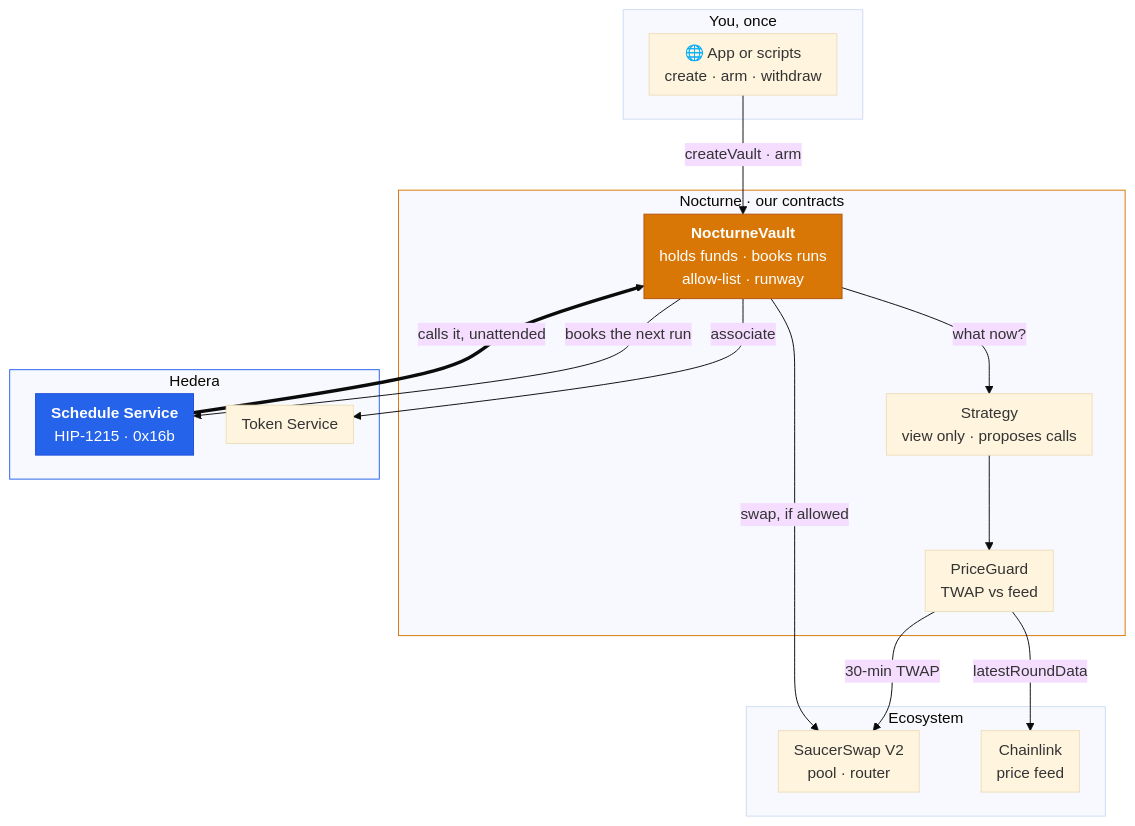
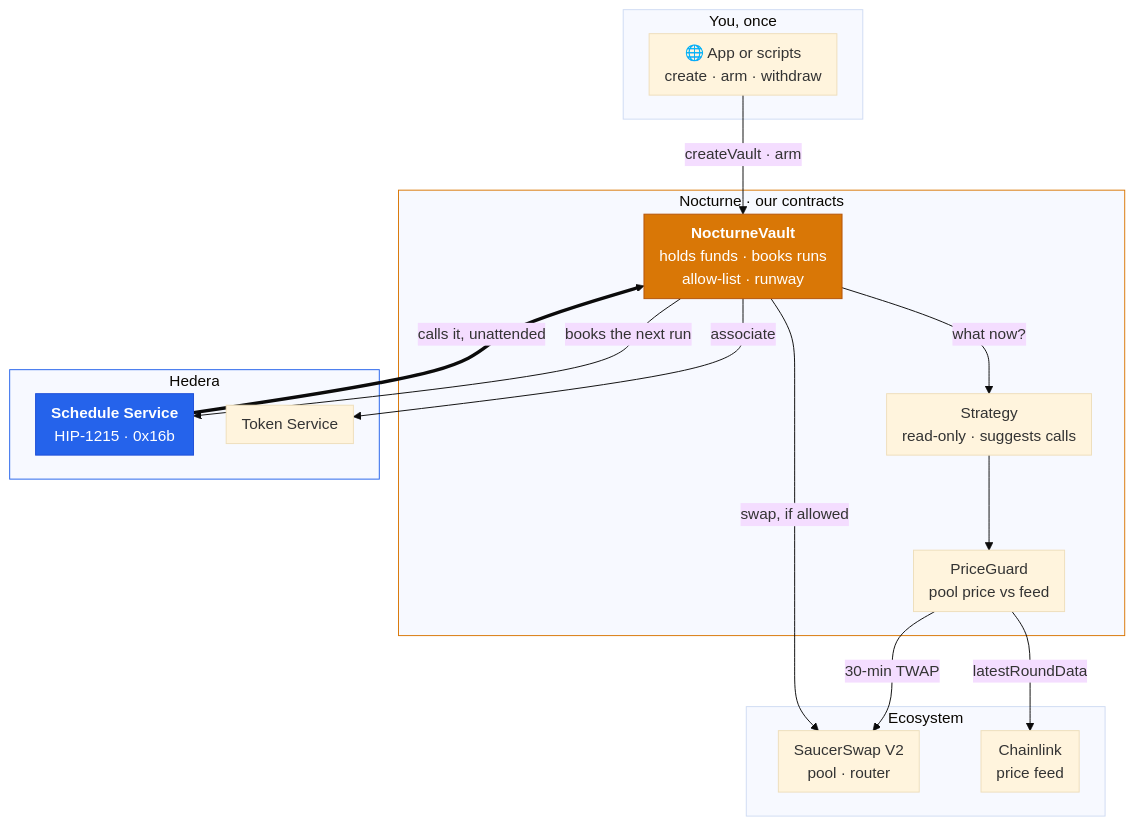
The second of 2 diagrams in README.md (Madhav-Gupta-28/Nocturne), drawn with Mermaid (base theme) before and after one commit. The commit also changed other lines of this file, not shown here.

````diff
--- a/README.md
+++ b/README.md
@@ -217,45 +217,45 @@
 ```mermaid
 ---
 config:
   flowchart:
     nodeSpacing: 34
     rankSpacing: 50
     padding: 8
     useMaxWidth: true
 ---
 flowchart TB
     subgraph you["You, once"]
         UI["🌐 App or scripts<br/>create · arm · withdraw"]
     end
 
     subgraph nocturne["Nocturne · our contracts"]
         V["<b>NocturneVault</b><br/>holds funds · books runs<br/>allow-list · runway"]
-        S["Strategy<br/>view only · proposes calls"]
-        PG["PriceGuard<br/>TWAP vs feed"]
+        S["Strategy<br/>read-only · suggests calls"]
+        PG["PriceGuard<br/>pool price vs feed"]
     end
 
     subgraph hedera["Hedera"]
         HSS["<b>Schedule Service</b><br/>HIP-1215 · 0x16b"]
         HTS["Token Service"]
     end
 
     subgraph eco["Ecosystem"]
         SS["SaucerSwap V2<br/>pool · router"]
         CL["Chainlink<br/>price feed"]
     end
 
     UI -->|"createVault · arm"| V
     V -->|"books the next run"| HSS
     HSS ==>|"calls it, unattended"| V
     V -->|"what now?"| S
     S --> PG
     PG -->|"30-min TWAP"| SS
     PG -->|"latestRoundData"| CL
     V -->|"swap, if allowed"| SS
     V -->|"associate"| HTS
 
     style V fill:#D97706,stroke:#B45309,color:#FFFFFF
     style HSS fill:#2563EB,stroke:#1D4ED8,color:#FFFFFF
     style nocturne stroke:#D97706
     style hedera stroke:#2563EB
 ```
````
